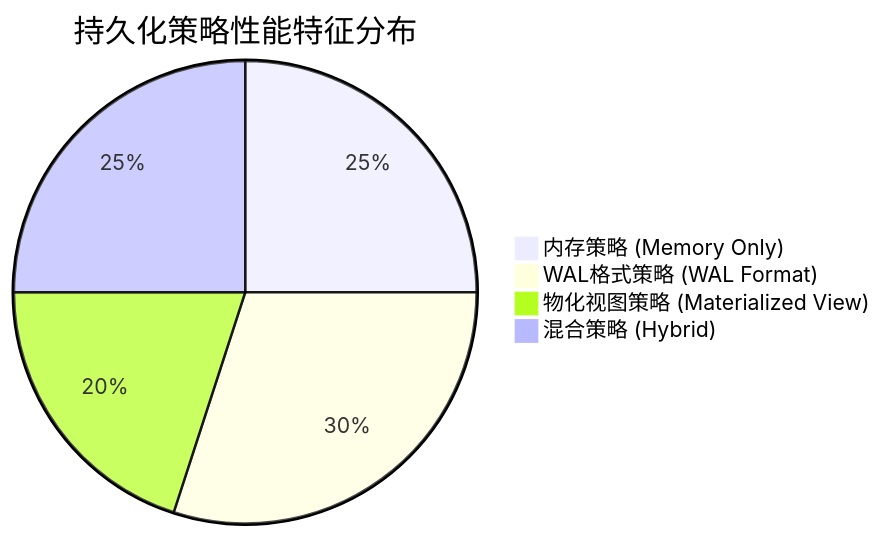
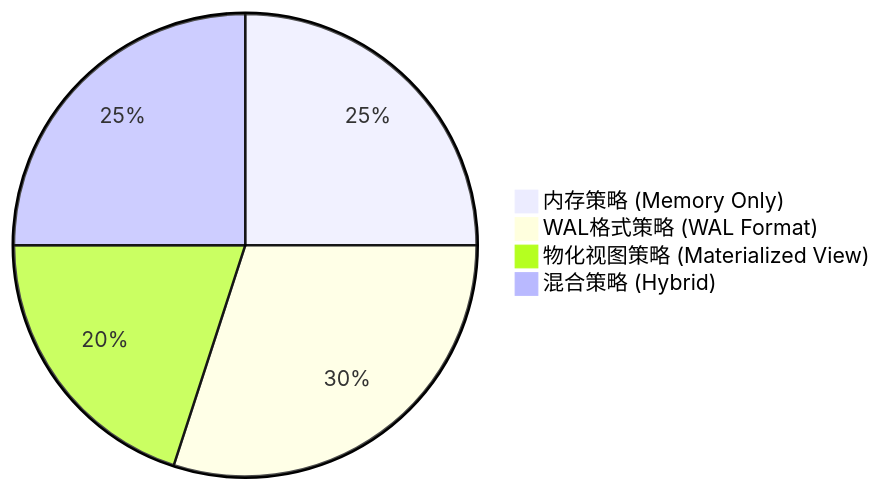
One commit to crazypenguincode/duckdb changed the second of 3 diagrams in md/第五章-多策略融合的持久化存储技术.md. Above: the diagram before and after it, drawn with Mermaid. The commit also changed other lines of this file and 40 other files, not shown here.

Commit message:
更新图片无边框

````diff
--- a/md/第五章-多策略融合的持久化存储技术.md
+++ b/md/第五章-多策略融合的持久化存储技术.md
@@ -120,7 +120,7 @@
 ```mermaid
-pie title 持久化策略性能特征分布
+pie 
     "内存策略 (Memory Only)" : 25
     "WAL格式策略 (WAL Format)" : 30
     "物化视图策略 (Materialized View)" : 20
     "混合策略 (Hybrid)" : 25
 ```
````
